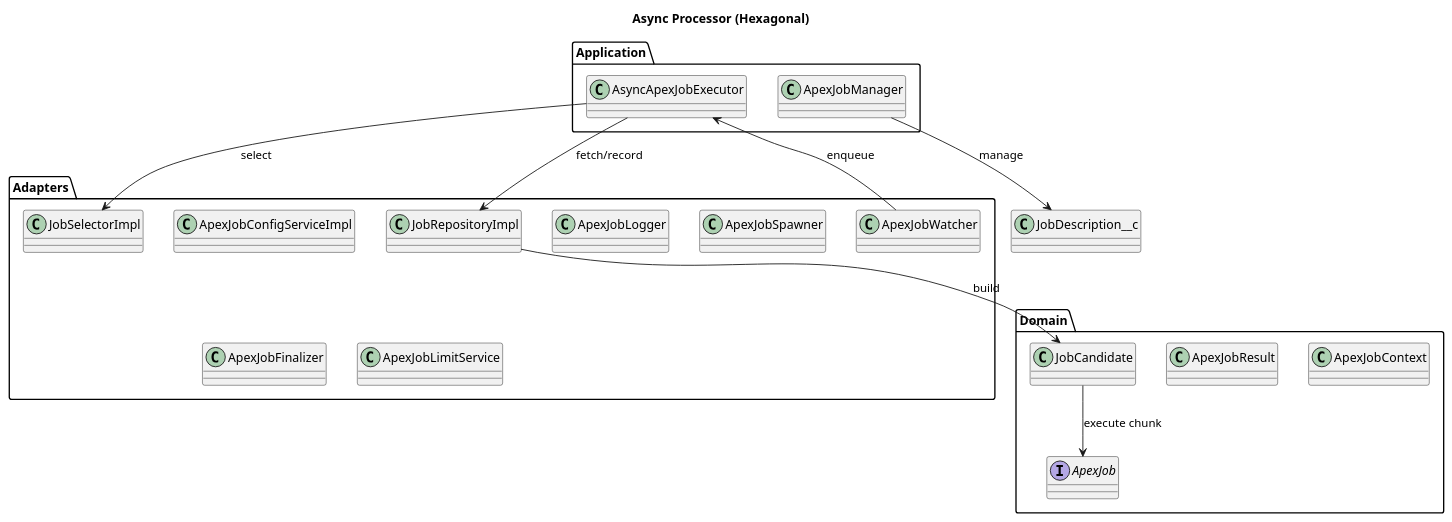
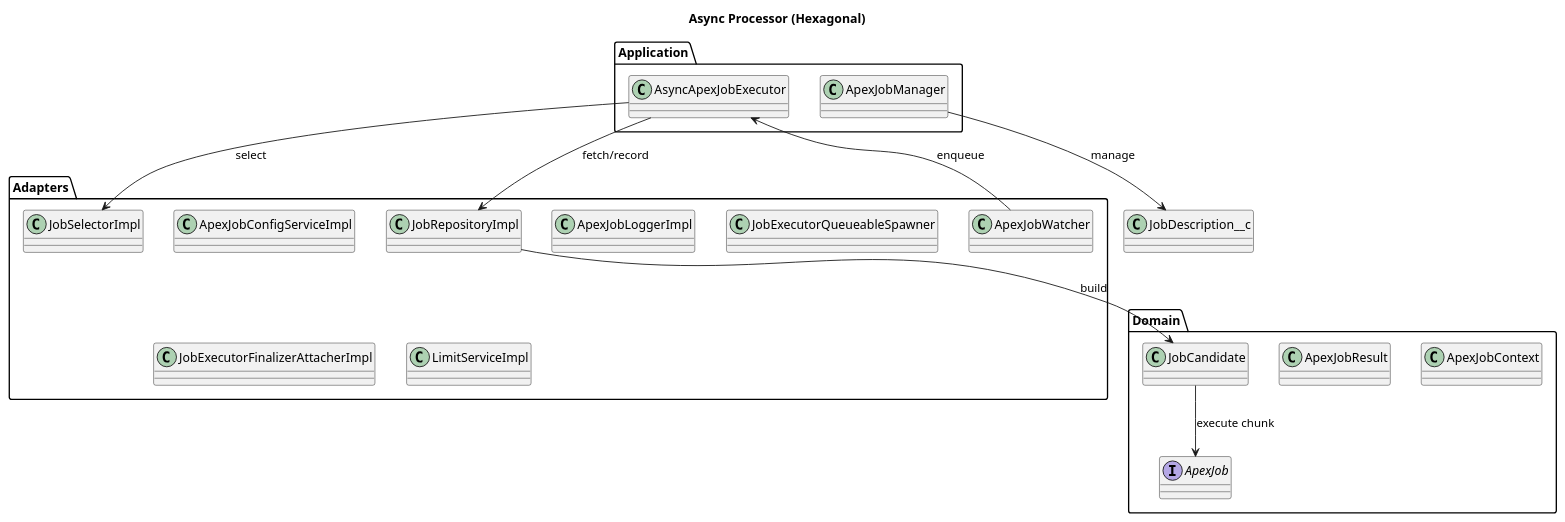
The diagram in README.md (scolladon/apex-async-job-processor), drawn with PlantUML before and after one commit. The commit also changed other lines of this file, not shown here.

Commit message:
docs: explain Queueable governor-limit pitfalls and the engine's solution

````diff
--- a/README.md
+++ b/README.md
@@ -305,35 +428,35 @@
  ```plantuml
  @startuml
  title Async Processor (Hexagonal)
 
  package "Application" {
    class AsyncApexJobExecutor
    class ApexJobManager
  }
 
  package "Domain" {
    interface ApexJob
    class ApexJobContext
    class ApexJobResult
    class JobCandidate
  }
 
  package "Adapters" {
    class JobSelectorImpl
    class JobRepositoryImpl
    class ApexJobWatcher
    class ApexJobConfigServiceImpl
-   class ApexJobLogger
-   class ApexJobSpawner
-   class ApexJobFinalizer
-   class ApexJobLimitService
+   class ApexJobLoggerImpl
+   class JobExecutorQueueableSpawner
+   class JobExecutorFinalizerAttacherImpl
+   class LimitServiceImpl
  }
 
  AsyncApexJobExecutor --> JobRepositoryImpl : fetch/record
  AsyncApexJobExecutor --> JobSelectorImpl : select
  JobRepositoryImpl --> JobCandidate : build
  JobCandidate --> ApexJob : execute chunk
  ApexJobWatcher --> AsyncApexJobExecutor : enqueue
  ApexJobManager --> JobDescription__c : manage
  @enduml
  ```
````
